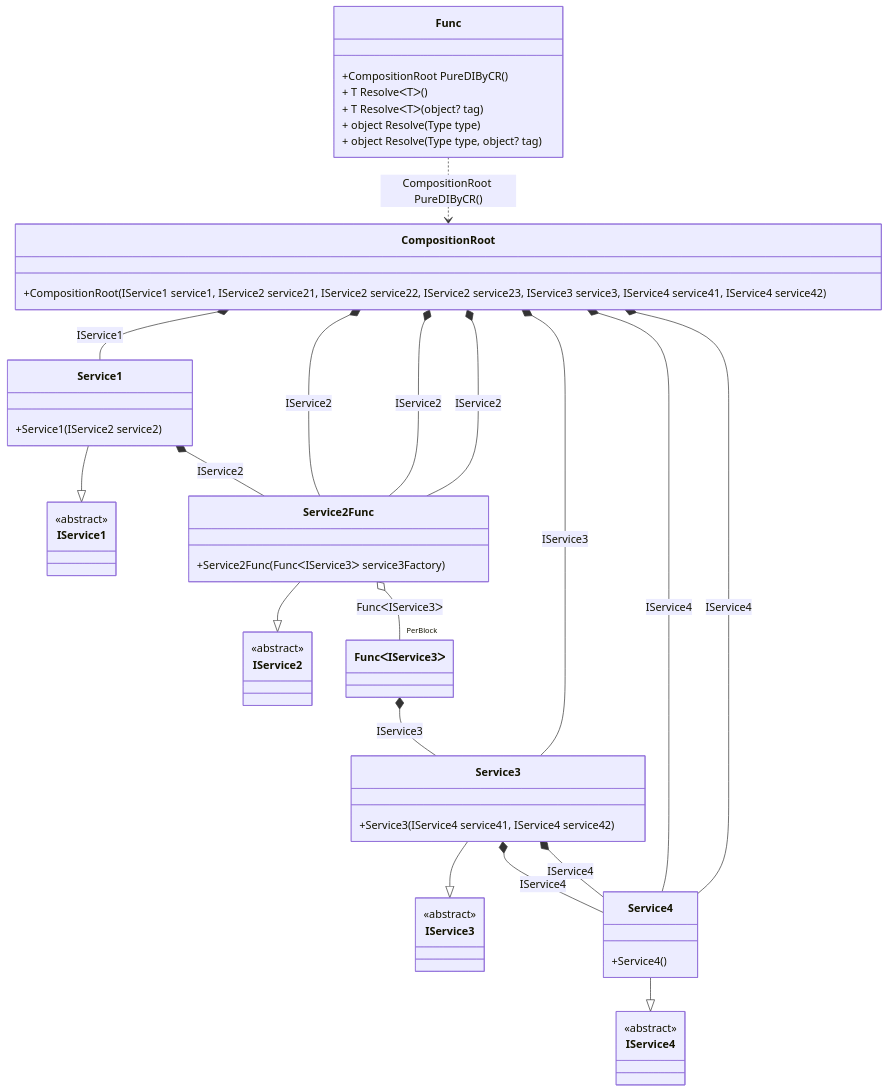
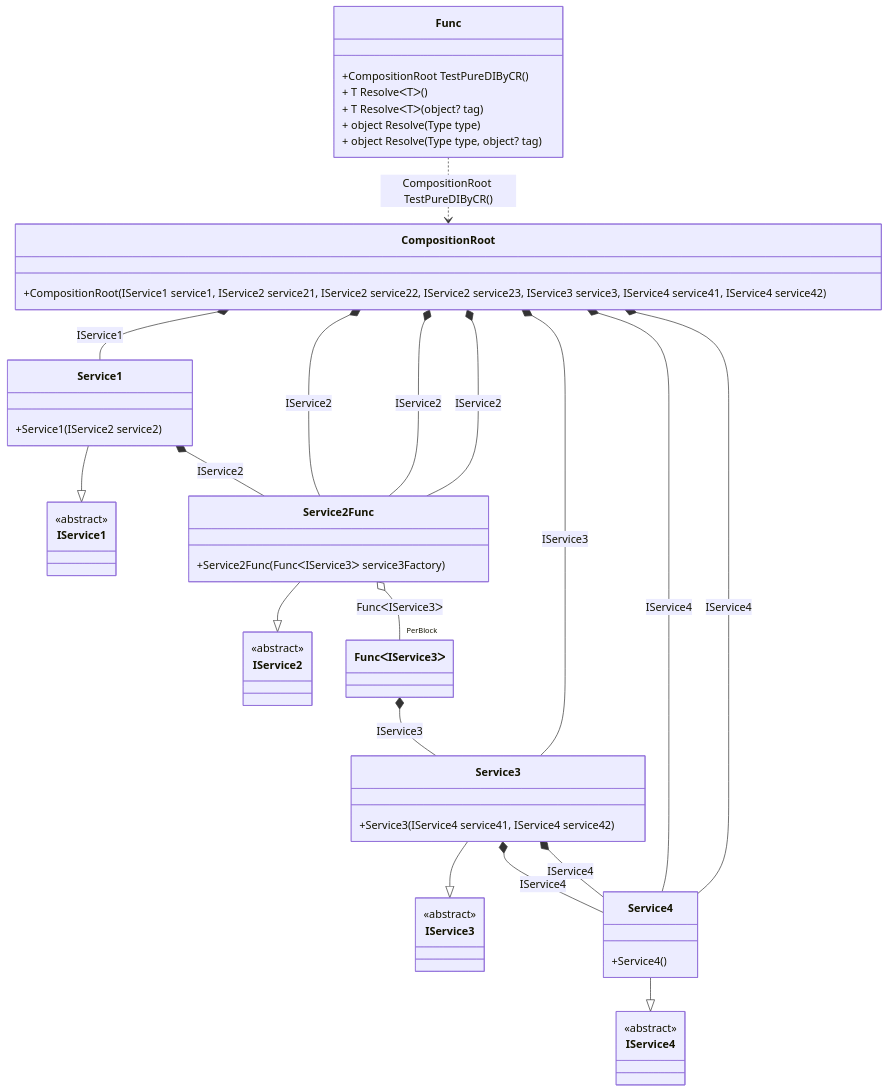
Before and after one commit to DevTeam/Pure.DI: the diagram in readme/FuncDetails.md, drawn with Mermaid. The commit also changed other lines of this file and 81 other files, not shown here.

````diff
--- a/readme/FuncDetails.md
+++ b/readme/FuncDetails.md
@@ -6,55 +6,55 @@
 ```mermaid
 classDiagram
   class Func {
-    +CompositionRoot PureDIByCR()
+    +CompositionRoot TestPureDIByCR()
     + T ResolveᐸTᐳ()
     + T ResolveᐸTᐳ(object? tag)
     + object Resolve(Type type)
     + object Resolve(Type type, object? tag)
   }
   class CompositionRoot {
     +CompositionRoot(IService1 service1, IService2 service21, IService2 service22, IService2 service23, IService3 service3, IService4 service41, IService4 service42)
   }
   Service1 --|> IService1 : 
   class Service1 {
     +Service1(IService2 service2)
   }
   Service2Func --|> IService2 : 
   class Service2Func {
     +Service2Func(FuncᐸIService3ᐳ service3Factory)
   }
   Service3 --|> IService3 : 
   class Service3 {
     +Service3(IService4 service41, IService4 service42)
   }
   Service4 --|> IService4 : 
   class Service4 {
     +Service4()
   }
   class FuncᐸIService3ᐳ
   class IService1 {
     <<abstract>>
   }
   class IService2 {
     <<abstract>>
   }
   class IService3 {
     <<abstract>>
   }
   class IService4 {
     <<abstract>>
   }
   CompositionRoot *--  Service1 : IService1
   CompositionRoot *--  Service2Func : IService2
   CompositionRoot *--  Service2Func : IService2
   CompositionRoot *--  Service2Func : IService2
   CompositionRoot *--  Service3 : IService3
   CompositionRoot *--  Service4 : IService4
   CompositionRoot *--  Service4 : IService4
   Service1 *--  Service2Func : IService2
   Service2Func o--  "PerBlock" FuncᐸIService3ᐳ : FuncᐸIService3ᐳ
   Service3 *--  Service4 : IService4
   Service3 *--  Service4 : IService4
-  Func ..> CompositionRoot : CompositionRoot PureDIByCR()
+  Func ..> CompositionRoot : CompositionRoot TestPureDIByCR()
   FuncᐸIService3ᐳ *--  Service3 : IService3
 ```
````
